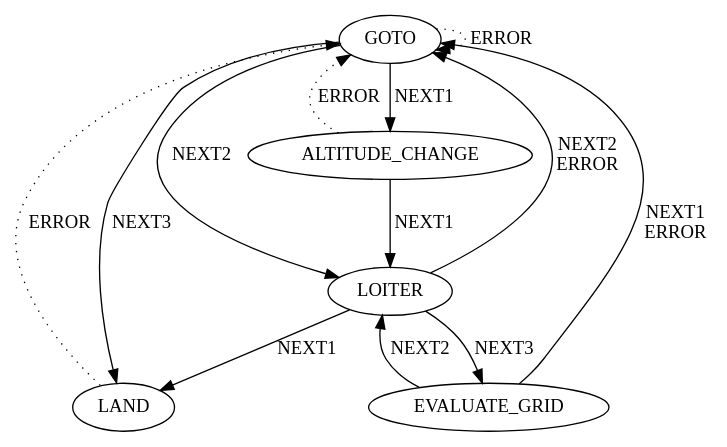
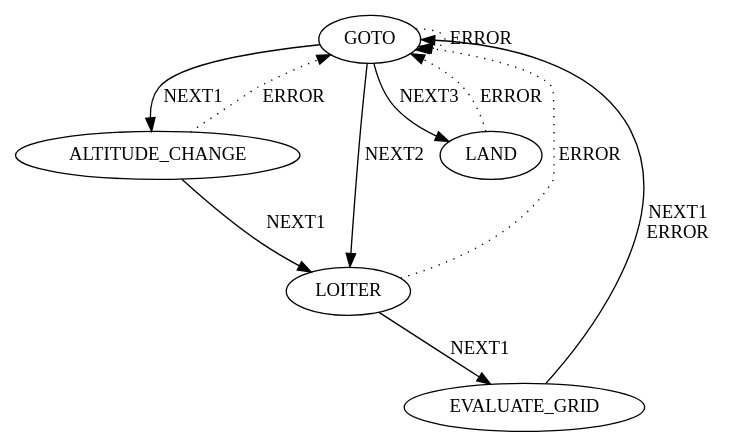
The diagram in safe_landing_planner/src/nodes/waypoint_generator.cpp.dot (mrivi/avoidance), drawn with Graphviz before and after one commit. The commit also changed 1 other file, not shown here.

```diff
--- a/safe_landing_planner/src/nodes/waypoint_generator.cpp.dot
+++ b/safe_landing_planner/src/nodes/waypoint_generator.cpp.dot
@@ -1,14 +1,12 @@
 digraph {
     "GOTO" -> "ALTITUDE_CHANGE" [label="NEXT1", style="solid", weight=1]
     "GOTO" -> "LOITER" [label="NEXT2", style="solid", weight=1]
     "GOTO" -> "LAND" [label="NEXT3", style="solid", weight=1]
     "GOTO" -> "GOTO" [label="ERROR", style="dotted", weight=0.1]
     "ALTITUDE_CHANGE" -> "LOITER" [label="NEXT1", style="solid", weight=1]
     "ALTITUDE_CHANGE" -> "GOTO" [label="ERROR", style="dotted", weight=0.1]
-    "LOITER" -> "LAND" [label="NEXT1", style="solid", weight=1]
-    "LOITER" -> "GOTO" [label="NEXT2\nERROR", style="solid", weight=1]
-    "LOITER" -> "EVALUATE_GRID" [label="NEXT3", style="solid", weight=1]
+    "LOITER" -> "EVALUATE_GRID" [label="NEXT1", style="solid", weight=1]
+    "LOITER" -> "GOTO" [label="ERROR", style="dotted", weight=0.1]
     "EVALUATE_GRID" -> "GOTO" [label="NEXT1\nERROR", style="solid", weight=1]
-    "EVALUATE_GRID" -> "LOITER" [label="NEXT2", style="solid", weight=1]
     "LAND" -> "GOTO" [label="ERROR", style="dotted", weight=0.1]
 }
```
